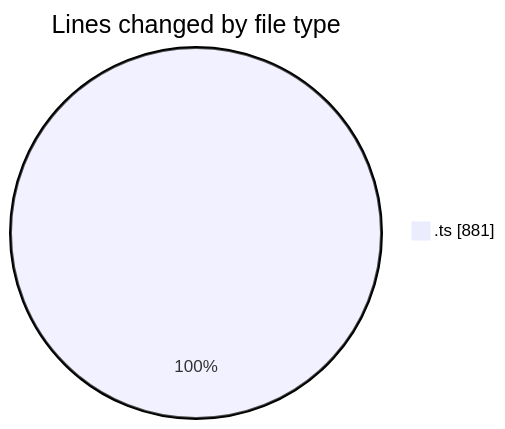
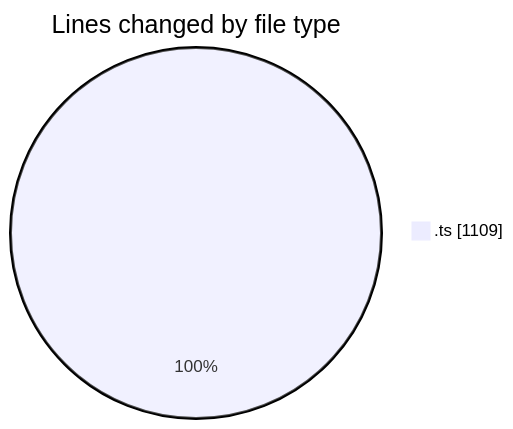
Before and after one commit to momahboobian/code-tracking: the first of 2 diagrams in 2025-06-26/cda/README.md, drawn with Mermaid. The commit also changed other lines of this file and 1 other file, not shown here.

````diff
--- a/2025-06-26/cda/README.md
+++ b/2025-06-26/cda/README.md
@@ -20,5 +21,5 @@
 ```mermaid
 pie showData
 title Lines changed by file type
-".ts" : 881
+".ts" : 1109
 ```
````
